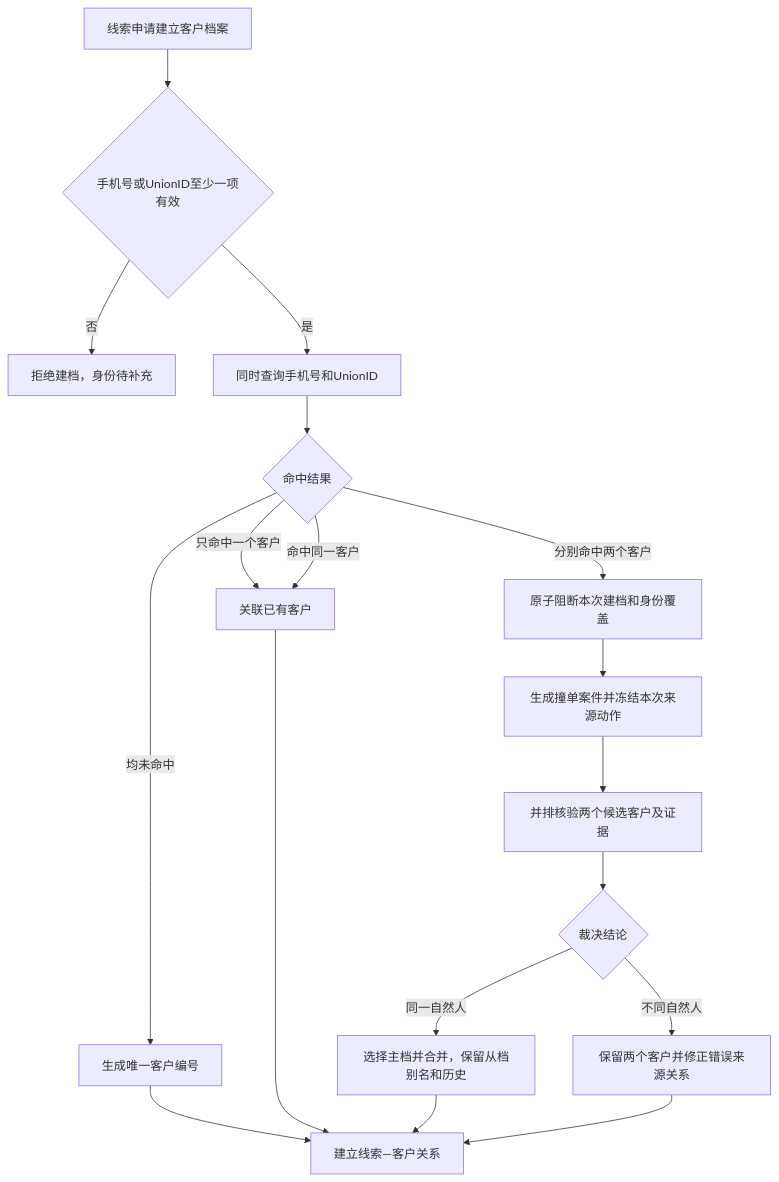
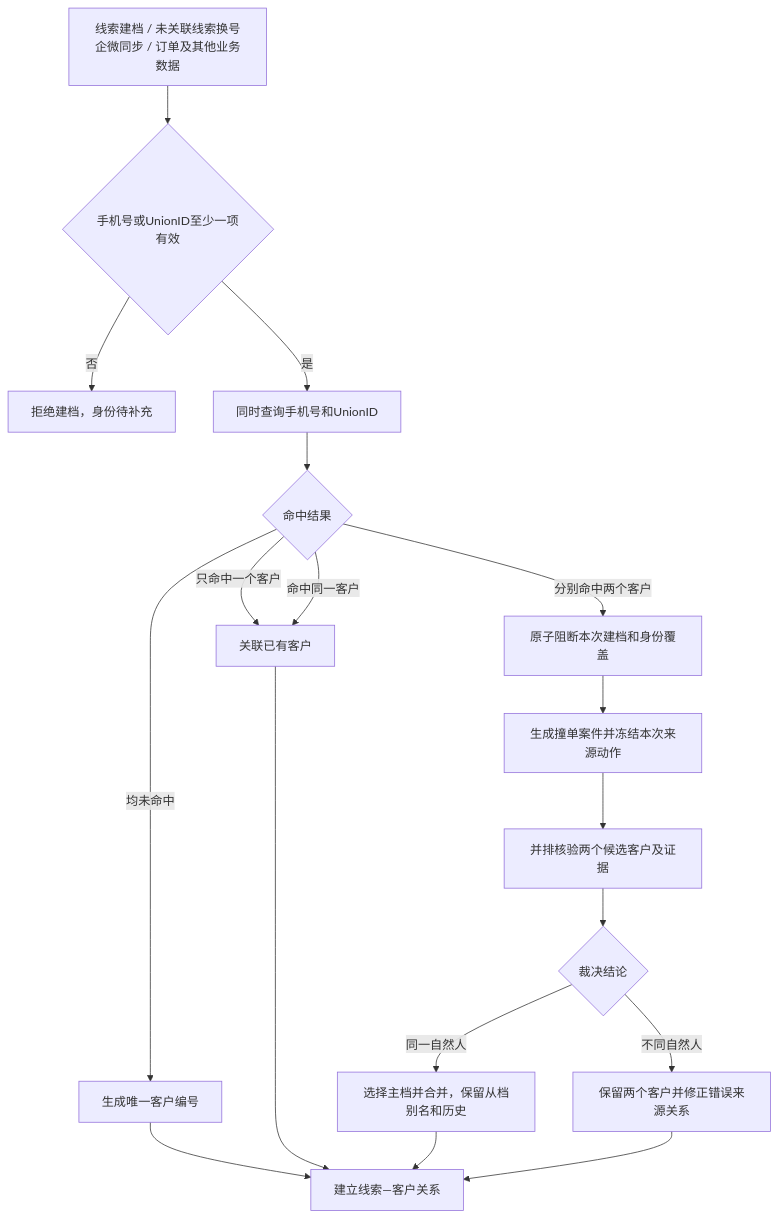
One commit to freya-pr/heshu-boss-demo changed the seventh of 9 diagrams in docs/product/合数BOSS V1.0整体业务流程与关键规则.md. Above: the diagram before and after it, drawn with Mermaid. The commit also changed other lines of this file and 26 other files, not shown here.

````diff
--- a/docs/product/合数BOSS V1.0整体业务流程与关键规则.md
+++ b/docs/product/合数BOSS V1.0整体业务流程与关键规则.md
@@ -384,20 +384,20 @@
 ```mermaid
 flowchart TD
-    A["线索申请建立客户档案"] --> B{"手机号或UnionID至少一项有效"}
+    A["线索建档 / 未关联线索换号<br/>企微同步 / 订单及其他业务数据"] --> B{"手机号或UnionID至少一项有效"}
     B -- "否" --> X["拒绝建档，身份待补充"]
     B -- "是" --> C["同时查询手机号和UnionID"]
     C --> D{"命中结果"}
     D -- "均未命中" --> E["生成唯一客户编号"]
     D -- "只命中一个客户" --> F["关联已有客户"]
     D -- "命中同一客户" --> F
     D -- "分别命中两个客户" --> G["原子阻断本次建档和身份覆盖"]
     G --> H["生成撞单案件并冻结本次来源动作"]
     H --> I["并排核验两个候选客户及证据"]
     I --> J{"裁决结论"}
     J -- "同一自然人" --> K["选择主档并合并，保留从档别名和历史"]
     J -- "不同自然人" --> L["保留两个客户并修正错误来源关系"]
     E --> M["建立线索—客户关系"]
     F --> M
     K --> M
     L --> M
 ```
````
